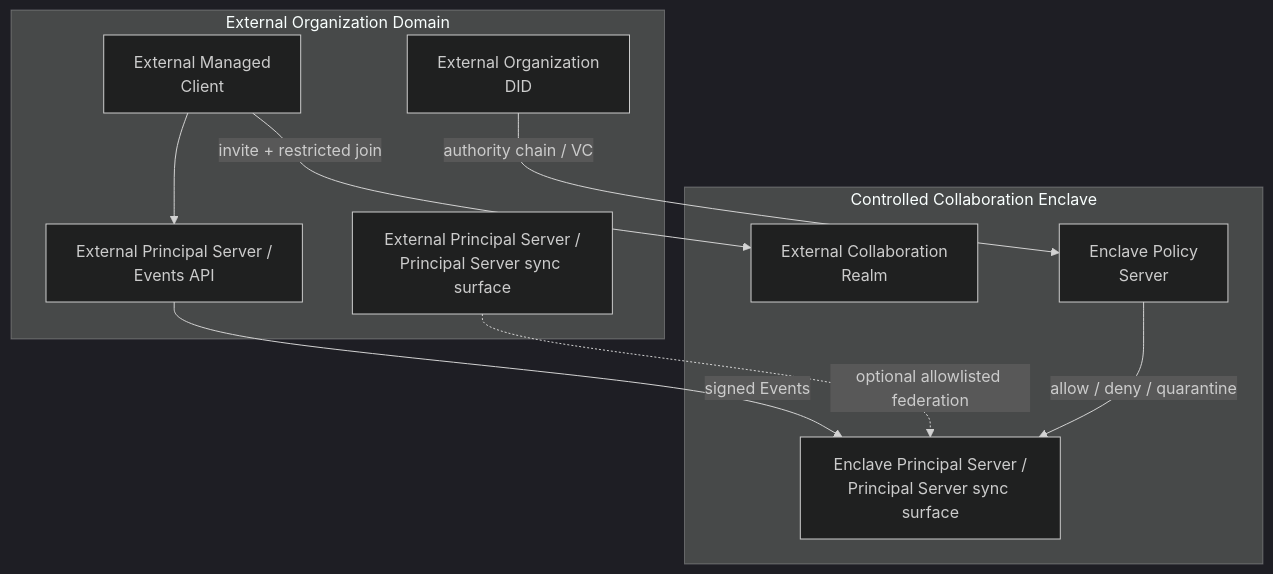
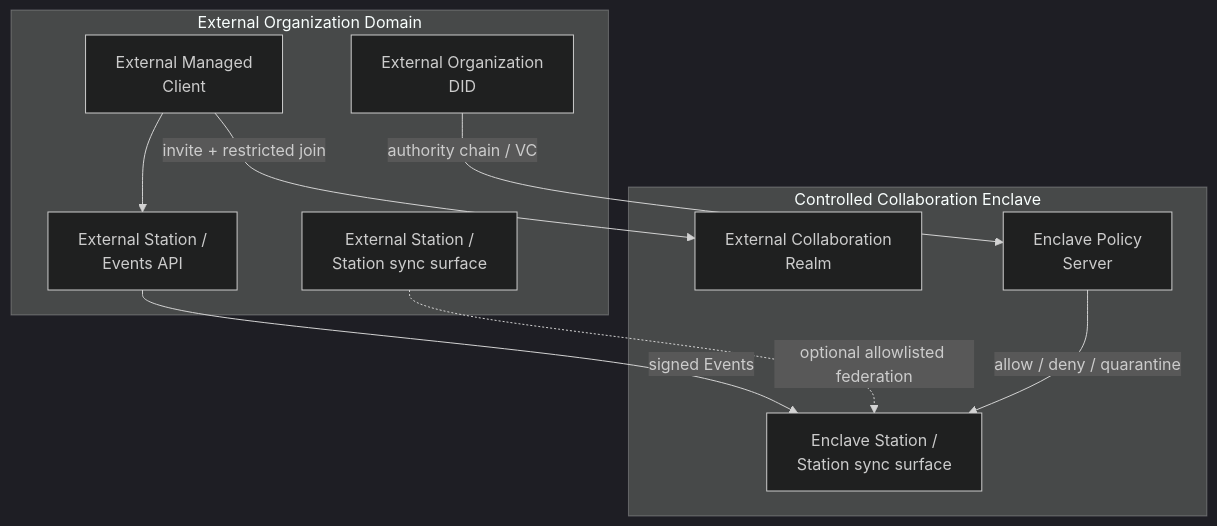
One commit to arkret-org/arkret-spec changed the second of 2 diagrams in spec/v1/zh/sync/sovereign-deployment.md. Above: the diagram before and after it, drawn with Mermaid (dark theme). The commit also changed other lines of this file and 201 other files, not shown here.

Commit message:
Migrate Principal Server role to Station

````diff
--- a/spec/v1/zh/sync/sovereign-deployment.md
+++ b/spec/v1/zh/sync/sovereign-deployment.md
@@ -80,22 +80,22 @@
 ```mermaid
 flowchart TB
     subgraph "External Organization Domain"
         EXTORG["External Organization<br/>DID"]
         EXTCLIENT["External Managed<br/>Client"]
-        EXTAPI["External Principal Server /<br/>Events API"]
-        EXTSYNC["External Principal Server /<br/>Principal Server sync surface"]
+        EXTAPI["External Station /<br/>Events API"]
+        EXTSYNC["External Station /<br/>Station sync surface"]
     end
 
     subgraph "Controlled Collaboration Enclave"
         ESPACE["External Collaboration<br/>Realm"]
         EPOL["Enclave Policy<br/>Server"]
-        ESYNC["Enclave Principal Server /<br/>Principal Server sync surface"]
+        ESYNC["Enclave Station /<br/>Station sync surface"]
     end
 
     EXTCLIENT -->|"invite + restricted join"| ESPACE
     EXTORG -->|"authority chain / VC"| EPOL
     EXTCLIENT --> EXTAPI
     EXTAPI -->|"signed Events"| ESYNC
     EXTSYNC -. "optional allowlisted federation" .-> ESYNC
     EPOL -->|"allow / deny / quarantine"| ESYNC
 ```
````
